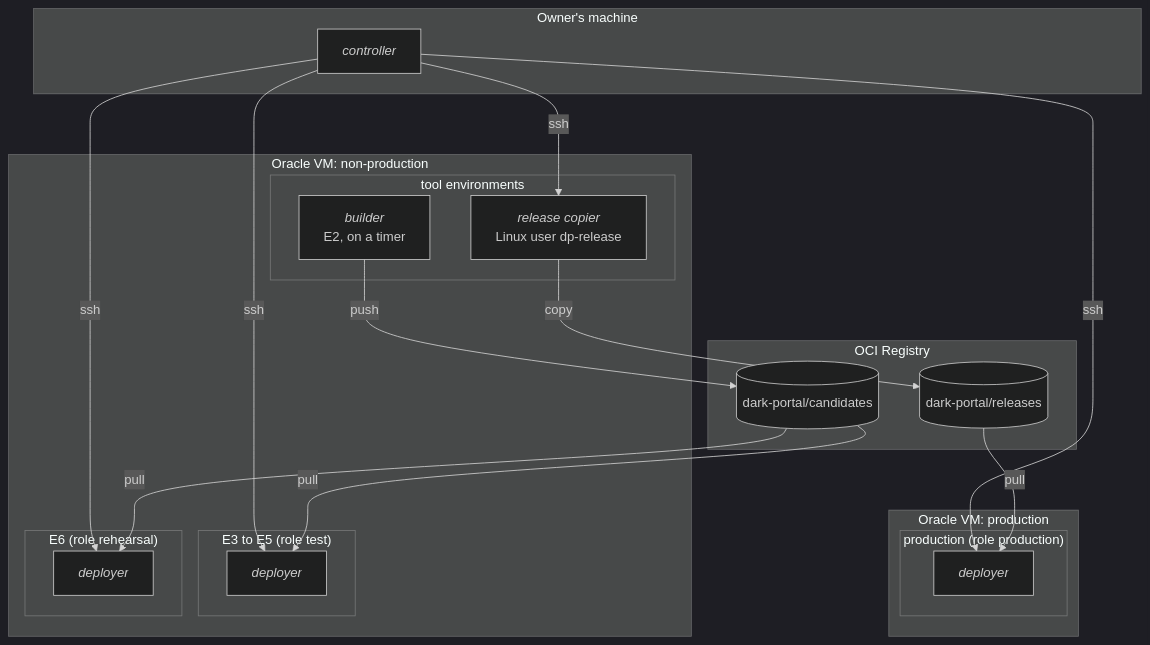
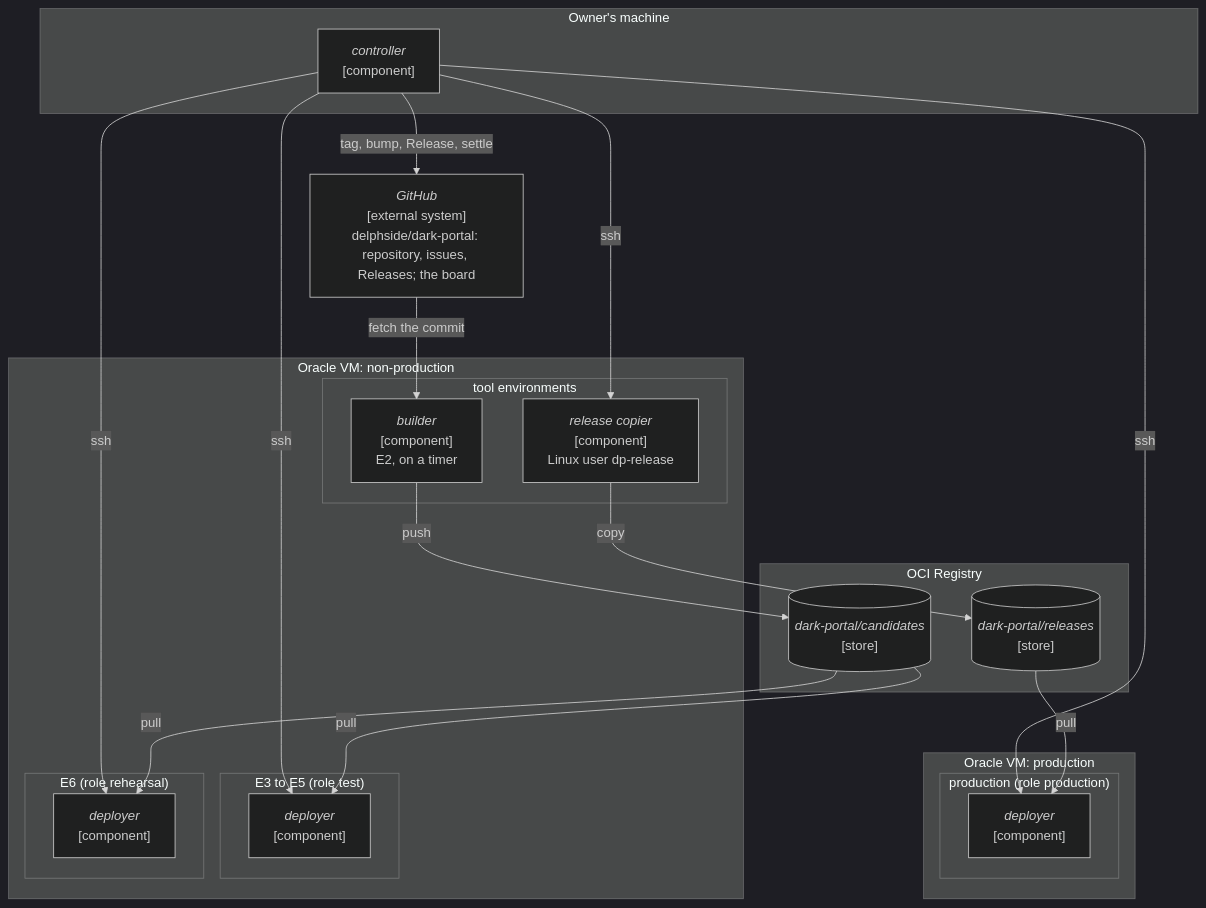
Before and after one commit to delphside/programme: the fourth of 5 diagrams in records/2.5-changes/programme-tooling/117-generic-deliver-tool/design.md, drawn with Mermaid (dark theme). The commit also changed other lines of this file, not shown here.

First line of the commit message:
Change 117: design diagrams label each box C4's way, and show GitHub

````diff
--- a/records/2.5-changes/programme-tooling/117-generic-deliver-tool/design.md
+++ b/records/2.5-changes/programme-tooling/117-generic-deliver-tool/design.md
@@ -178,36 +181,39 @@
 ```mermaid
 flowchart TB
   subgraph OWNER["Owner's machine"]
-    CTL["<i>controller</i>"]
+    CTL["<i>controller</i><br>[component]"]
   end
   subgraph NONPROD["Oracle VM: non-production"]
     subgraph TOOLS["tool environments"]
-      BLD["<i>builder</i><br>E2, on a timer"]
-      COPY["<i>release copier</i><br>Linux user dp-release"]
+      BLD["<i>builder</i><br>[component]<br>E2, on a timer"]
+      COPY["<i>release copier</i><br>[component]<br>Linux user dp-release"]
     end
     subgraph TEST["E3 to E5 (role test)"]
-      DEPT["<i>deployer</i>"]
+      DEPT["<i>deployer</i><br>[component]"]
     end
     subgraph REH["E6 (role rehearsal)"]
-      DEPR["<i>deployer</i>"]
+      DEPR["<i>deployer</i><br>[component]"]
     end
   end
   subgraph PRODVM["Oracle VM: production"]
     subgraph PROD["production (role production)"]
-      DEPX["<i>deployer</i>"]
+      DEPX["<i>deployer</i><br>[component]"]
     end
   end
   subgraph OCIR["OCI Registry"]
-    CAND[("dark-portal/candidates")]
-    REL[("dark-portal/releases")]
+    CAND[("<i>dark-portal/candidates</i><br>[store]")]
+    REL[("<i>dark-portal/releases</i><br>[store]")]
   end
+  GH["<i>GitHub</i><br>[external system]<br>delphside/dark-portal: repository, issues, Releases; the board"]
+  GH -->|"fetch the commit"| BLD
+  CTL -->|"tag, bump, Release, settle"| GH
   BLD -->|push| CAND
   CTL -->|ssh| COPY
   COPY -->|copy| REL
   CTL -->|ssh| DEPT
   CTL -->|ssh| DEPR
   CTL -->|ssh| DEPX
   CAND -->|pull| DEPT
   CAND -->|pull| DEPR
   REL -->|pull| DEPX
 ```
````
